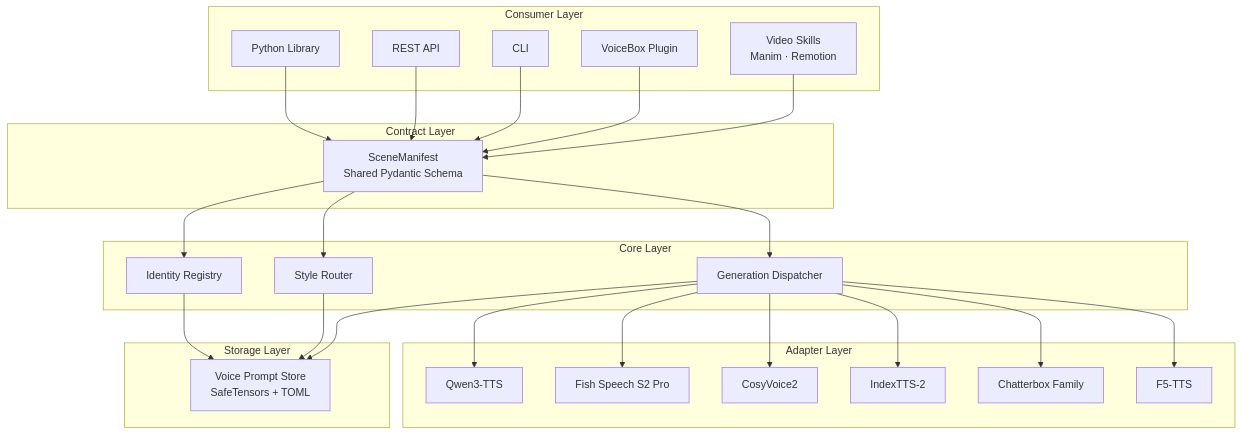
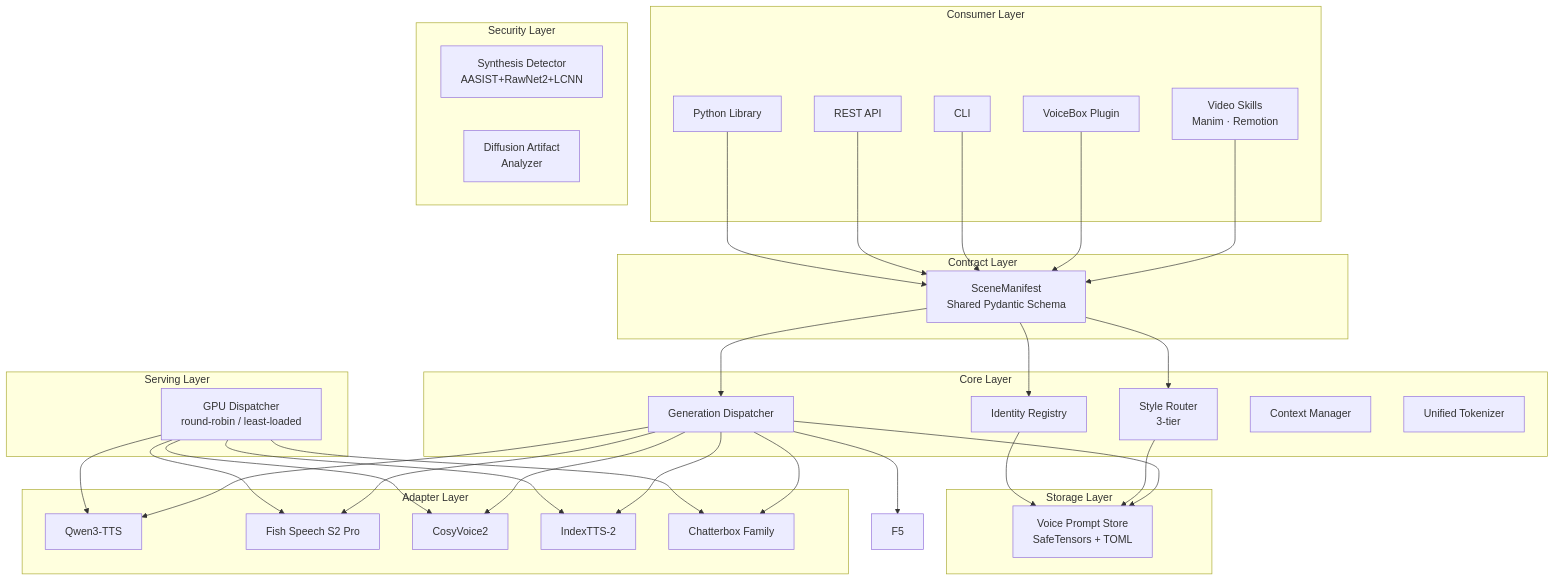
Before and after one commit to Mathews-Tom/VoxID: the first of 7 diagrams in docs/system-design.md, drawn with Mermaid. The commit also changed other lines of this file, not shown here.

````diff
--- a/docs/system-design.md
+++ b/docs/system-design.md
@@ -25,54 +25,70 @@
 ```mermaid
 graph TD
     subgraph Consumer Layer
         PL[Python Library]
         RA[REST API]
         CLI[CLI]
         VB[VoiceBox Plugin]
         VS[Video Skills<br/>Manim · Remotion]
     end
 
     subgraph Contract Layer
         SM[SceneManifest<br/>Shared Pydantic Schema]
     end
 
     subgraph Core Layer
         IR[Identity Registry]
-        SR[Style Router]
+        SR[Style Router<br/>3-tier]
         GD[Generation Dispatcher]
+        CM[Context Manager]
+        UT[Unified Tokenizer]
     end
 
     subgraph Storage Layer
         VPS[Voice Prompt Store<br/>SafeTensors + TOML]
+    end
+
+    subgraph Security Layer
+        SD[Synthesis Detector<br/>AASIST+RawNet2+LCNN]
+        DA[Diffusion Artifact<br/>Analyzer]
+    end
+
+    subgraph Serving Layer
+        DISP[GPU Dispatcher<br/>round-robin / least-loaded]
     end
 
     subgraph Adapter Layer
         Q[Qwen3-TTS]
         F[Fish Speech S2 Pro]
         C[CosyVoice2]
         I[IndexTTS-2]
         CB[Chatterbox Family]
-        F5[F5-TTS]
     end
+
+    DISP --> Q
+    DISP --> F
+    DISP --> C
+    DISP --> I
+    DISP --> CB
 
     PL --> SM
     RA --> SM
     CLI --> SM
     VB --> SM
     VS --> SM
 
     SM --> IR
     SM --> SR
     SM --> GD
 
     IR --> VPS
     SR --> VPS
     GD --> VPS
 
     GD --> Q
     GD --> F
     GD --> C
     GD --> I
     GD --> CB
     GD --> F5
 ```
````
